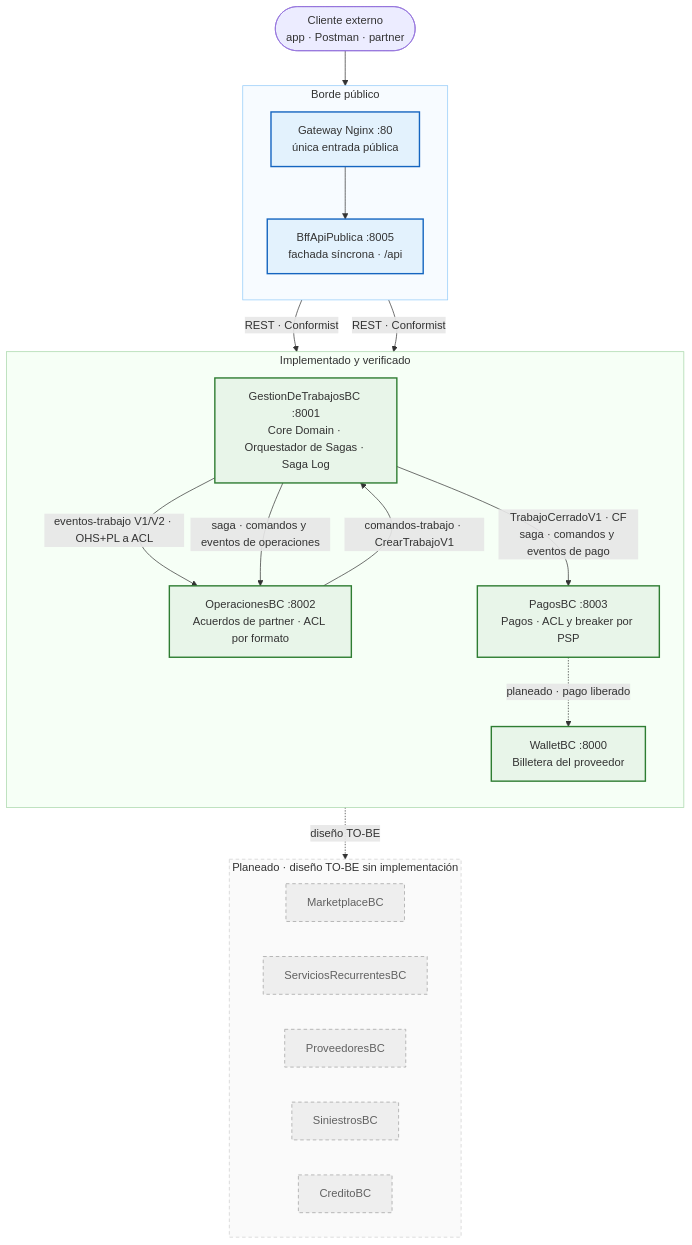
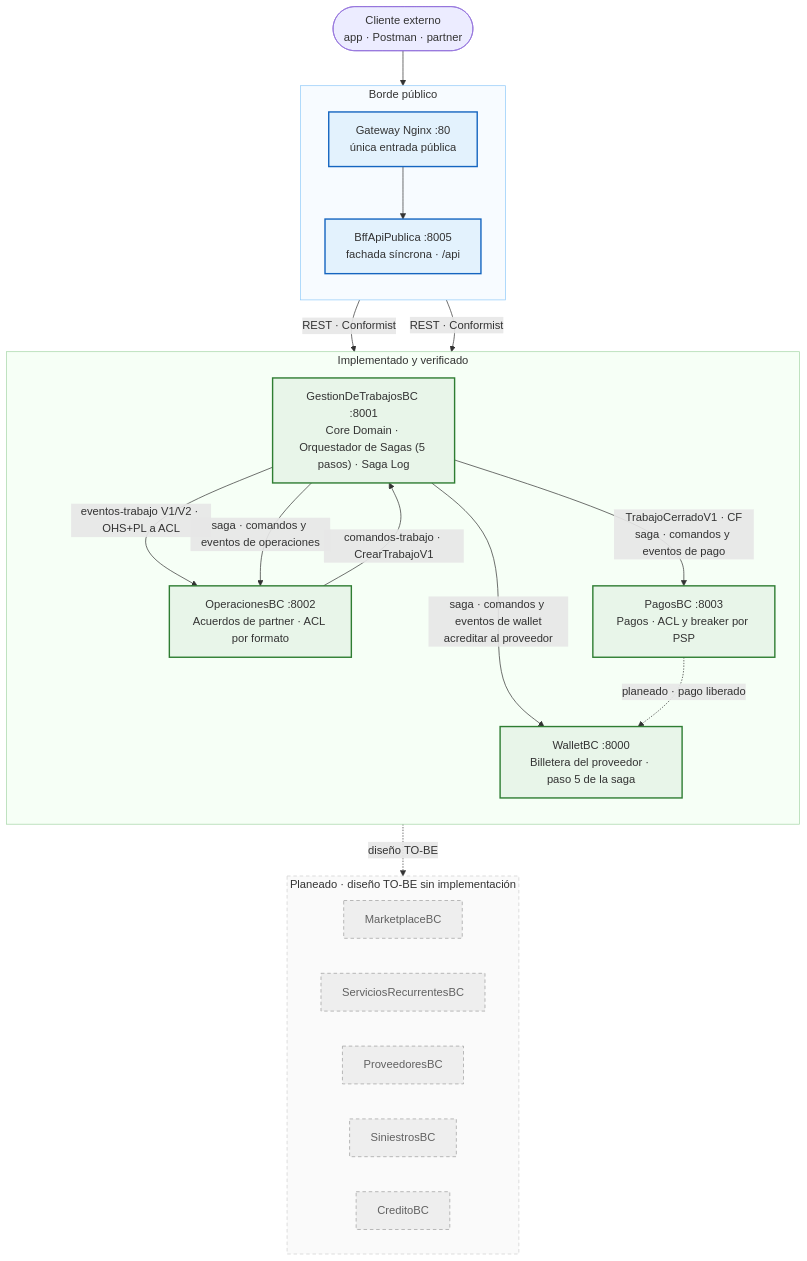
Before and after one commit to criscont17/hogar-de-los-alpes: the second of 6 diagrams in docs/semana-7/arquitectura-to-be-refinada.md, drawn with Mermaid. The commit also changed other lines of this file and 8 other files, not shown here.

````diff
--- a/docs/semana-7/arquitectura-to-be-refinada.md
+++ b/docs/semana-7/arquitectura-to-be-refinada.md
@@ -114,50 +111,51 @@
 ```mermaid
 flowchart TB
     CLI(["Cliente externo<br/>app · Postman · partner"])
 
     subgraph BORDE["Borde público"]
         direction TB
         GW["Gateway Nginx :80<br/>única entrada pública"]
         BFF["BffApiPublica :8005<br/>fachada síncrona · /api"]
     end
 
     subgraph IMPL["Implementado y verificado"]
         direction TB
-        CORE["GestionDeTrabajosBC :8001<br/>Core Domain · Orquestador de Sagas · Saga Log"]
+        CORE["GestionDeTrabajosBC :8001<br/>Core Domain · Orquestador de Sagas (5 pasos) · Saga Log"]
         OPS["OperacionesBC :8002<br/>Acuerdos de partner · ACL por formato"]
         PAG["PagosBC :8003<br/>Pagos · ACL y breaker por PSP"]
-        WAL["WalletBC :8000<br/>Billetera del proveedor"]
+        WAL["WalletBC :8000<br/>Billetera del proveedor · paso 5 de la saga"]
     end
 
     subgraph PLAN["Planeado · diseño TO-BE sin implementación"]
         direction LR
         MKT["MarketplaceBC"]
         REC["ServiciosRecurrentesBC"]
         PROV["ProveedoresBC"]
         SIN["SiniestrosBC"]
         CRED["CreditoBC"]
     end
 
     CLI --> GW
     GW --> BFF
     BFF -->|"REST · Conformist"| CORE
     BFF -->|"REST · Conformist"| WAL
 
     OPS -->|"comandos-trabajo · CrearTrabajoV1"| CORE
     CORE -->|"eventos-trabajo V1/V2 · OHS+PL a ACL"| OPS
     CORE -->|"saga · comandos y eventos de operaciones"| OPS
     CORE -->|"TrabajoCerradoV1 · CF<br/>saga · comandos y eventos de pago"| PAG
+    CORE -->|"saga · comandos y eventos de wallet<br/>acreditar al proveedor"| WAL
     PAG -.->|"planeado · pago liberado"| WAL
 
     IMPL -.->|"diseño TO-BE"| PLAN
 
     classDef impl fill:#e8f5e9,stroke:#2e7d32,stroke-width:2px
     classDef plan fill:#eeeeee,stroke:#9e9e9e,stroke-dasharray:5 4,color:#616161
     classDef borde fill:#e3f2fd,stroke:#1565c0,stroke-width:2px
     class CORE,OPS,PAG,WAL impl
     class MKT,REC,PROV,SIN,CRED plan
     class GW,BFF borde
     style BORDE fill:#f7fbff,stroke:#90caf9
     style IMPL fill:#f6fff6,stroke:#a5d6a7
     style PLAN fill:#fafafa,stroke:#cfcfcf,stroke-dasharray:5 4
 ```
````
